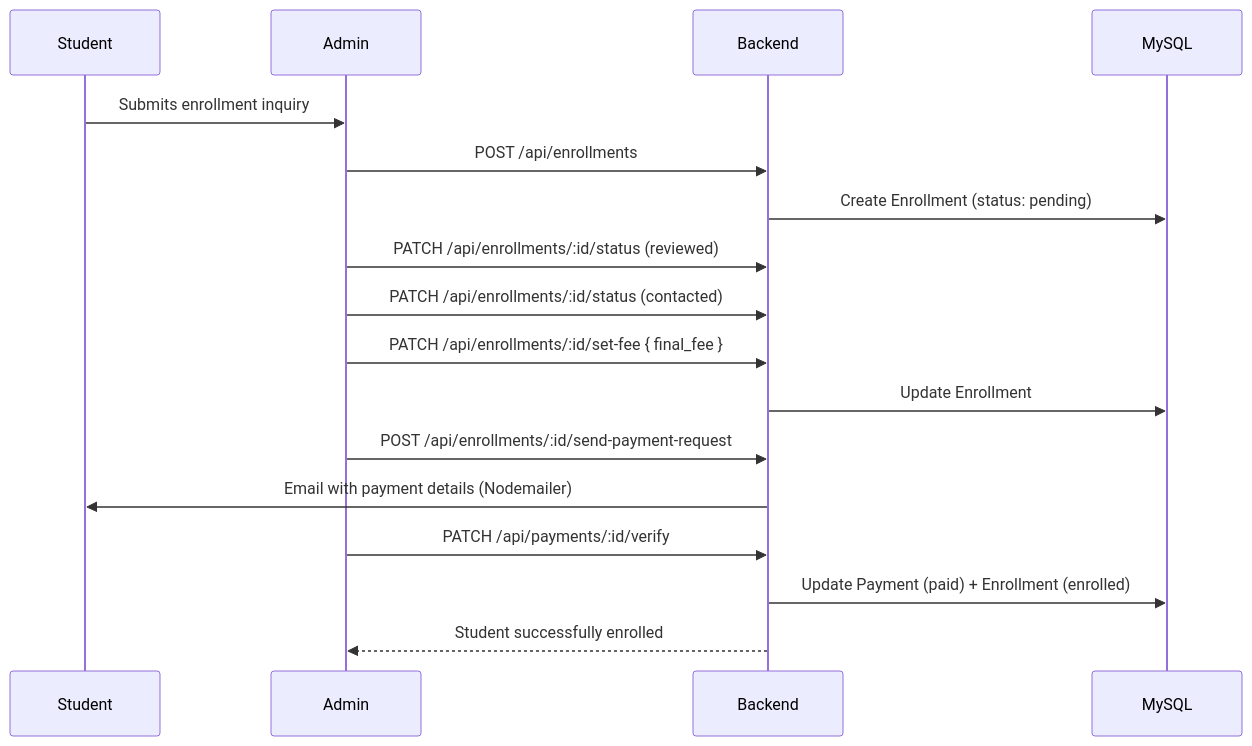
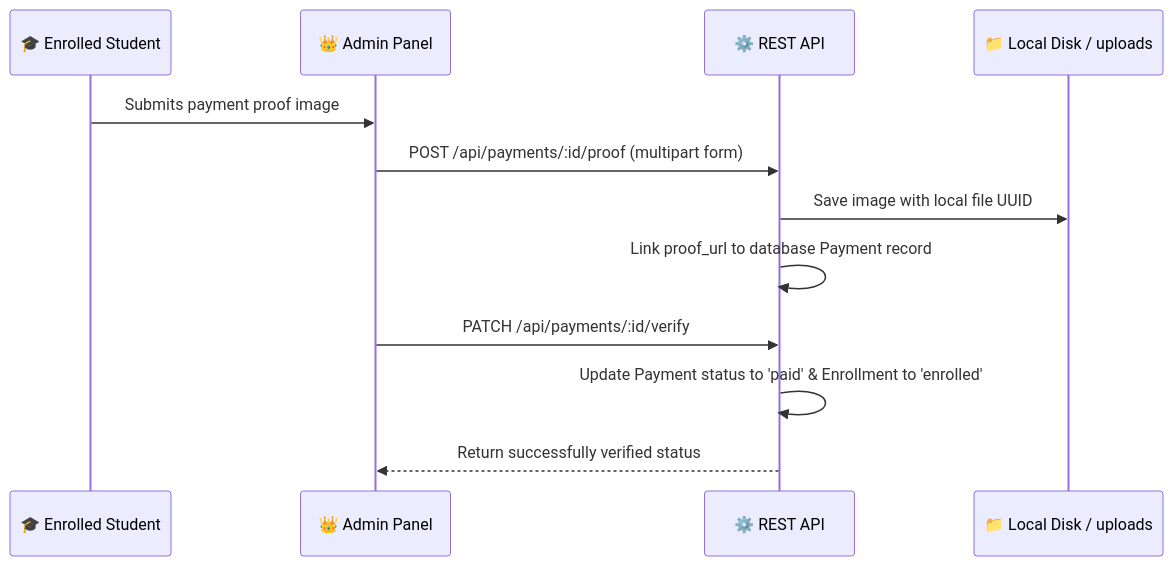
One commit to Vinothkumar0311/e-learning changed the fifth of 7 diagrams in README.md. Above: the diagram before and after it, drawn with Mermaid. The commit also changed other lines of this file and 33 other files, not shown here.

````diff
--- a/README.md
+++ b/README.md
@@ -316,23 +260,15 @@
 ```mermaid
 sequenceDiagram
-    participant Student
-    participant Admin
-    participant Backend
-    participant MySQL
+    participant Student as 🎓 Enrolled Student
+    participant Staff as 👑 Admin Panel
+    participant API as ⚙️ REST API
+    participant Storage as 📁 Local Disk / uploads
 
-    Student->>Admin: Submits enrollment inquiry
-    Admin->>Backend: POST /api/enrollments
-    Backend->>MySQL: Create Enrollment (status: pending)
-
-    Admin->>Backend: PATCH /api/enrollments/:id/status (reviewed)
-    Admin->>Backend: PATCH /api/enrollments/:id/status (contacted)
-    Admin->>Backend: PATCH /api/enrollments/:id/set-fee { final_fee }
-    Backend->>MySQL: Update Enrollment
-
-    Admin->>Backend: POST /api/enrollments/:id/send-payment-request
-    Backend->>Student: Email with payment details (Nodemailer)
-
-    Admin->>Backend: PATCH /api/payments/:id/verify
-    Backend->>MySQL: Update Payment (paid) + Enrollment (enrolled)
-    Backend-->>Admin: Student successfully enrolled
+    Student->>Staff: Submits payment proof image
+    Staff->>API: POST /api/payments/:id/proof (multipart form)
+    API->>Storage: Save image with local file UUID
+    API->>API: Link proof_url to database Payment record
+    Staff->>API: PATCH /api/payments/:id/verify
+    API->>API: Update Payment status to 'paid' & Enrollment to 'enrolled'
+    API-->>Staff: Return successfully verified status
 ```
````
